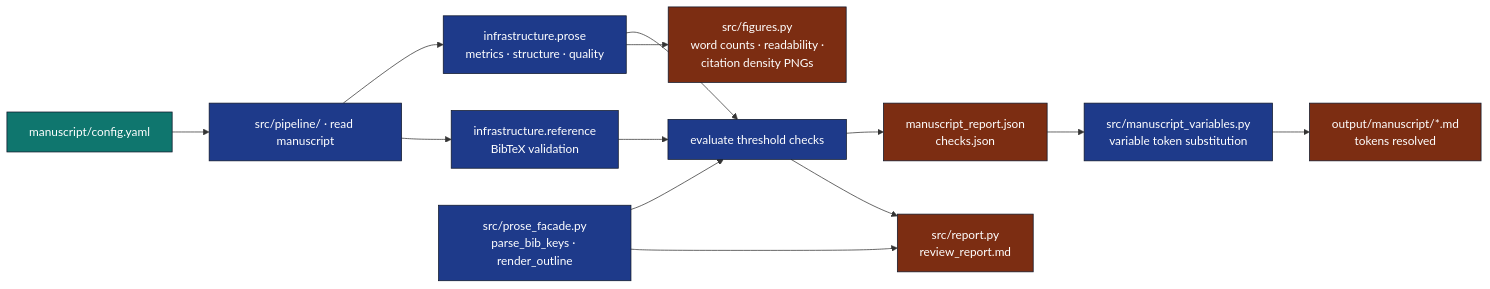
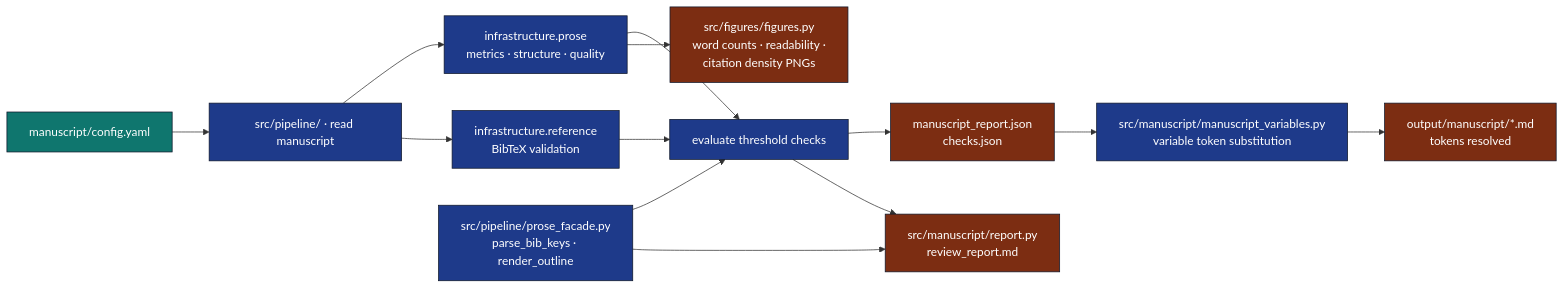
One commit to docxology/template changed the diagram in projects/templates/template_prose_project/README.md. Above: the diagram before and after it, drawn with Mermaid. The commit also changed other lines of this file and 775 other files, not shown here.

````diff
--- a/projects/templates/template_prose_project/README.md
+++ b/projects/templates/template_prose_project/README.md
@@ -102,22 +102,22 @@
 ```mermaid
 flowchart LR
     CFG[manuscript/config.yaml] --> READ[src/pipeline/ · read manuscript]
     READ --> PROSE[infrastructure.prose<br/>metrics · structure · quality]
     READ --> BIB[infrastructure.reference<br/>BibTeX validation]
-    PF[src/prose_facade.py<br/>parse_bib_keys · render_outline] --> CHECKS
+    PF[src/pipeline/prose_facade.py<br/>parse_bib_keys · render_outline] --> CHECKS
     PROSE --> CHECKS[evaluate threshold checks]
     BIB --> CHECKS
     CHECKS --> JSON[manuscript_report.json<br/>checks.json]
-    CHECKS --> RPT[src/report.py<br/>review_report.md]
+    CHECKS --> RPT[src/manuscript/report.py<br/>review_report.md]
     PF --> RPT
-    PROSE --> FIG[src/figures.py<br/>word counts · readability ·<br/>citation density PNGs]
-    JSON --> MV[src/manuscript_variables.py<br/>variable token substitution]
+    PROSE --> FIG[src/figures/figures.py<br/>word counts · readability ·<br/>citation density PNGs]
+    JSON --> MV[src/manuscript/manuscript_variables.py<br/>variable token substitution]
     MV --> SUB[output/manuscript/*.md<br/>tokens resolved]
 
     classDef io fill:#0f766e,stroke:#0f172a,color:#fff
     classDef proc fill:#1e3a8a,stroke:#0f172a,color:#fff
     classDef out fill:#7c2d12,stroke:#0f172a,color:#fff
     class CFG io
     class READ,PROSE,BIB,CHECKS,MV,PF proc
     class JSON,RPT,FIG,SUB out
 ```
````
